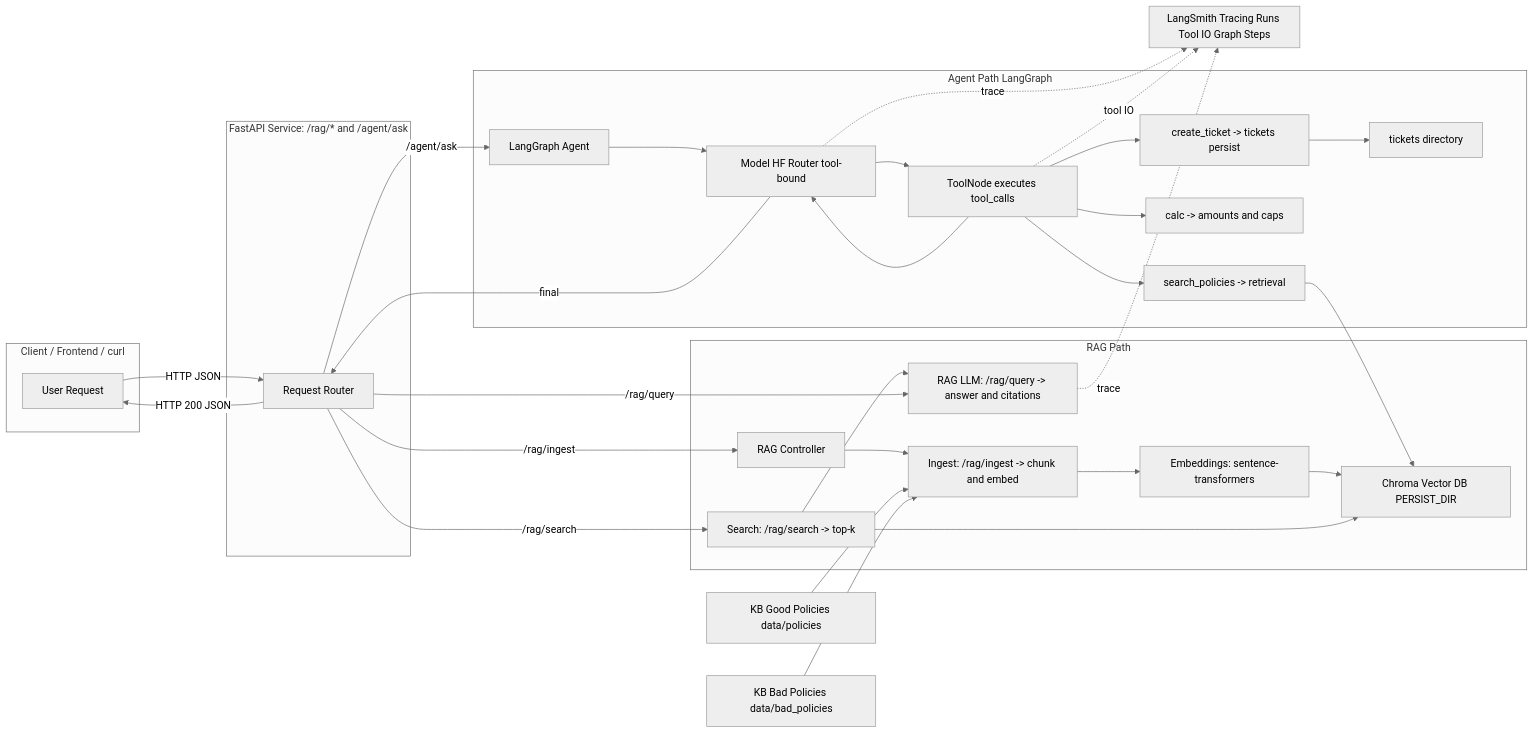
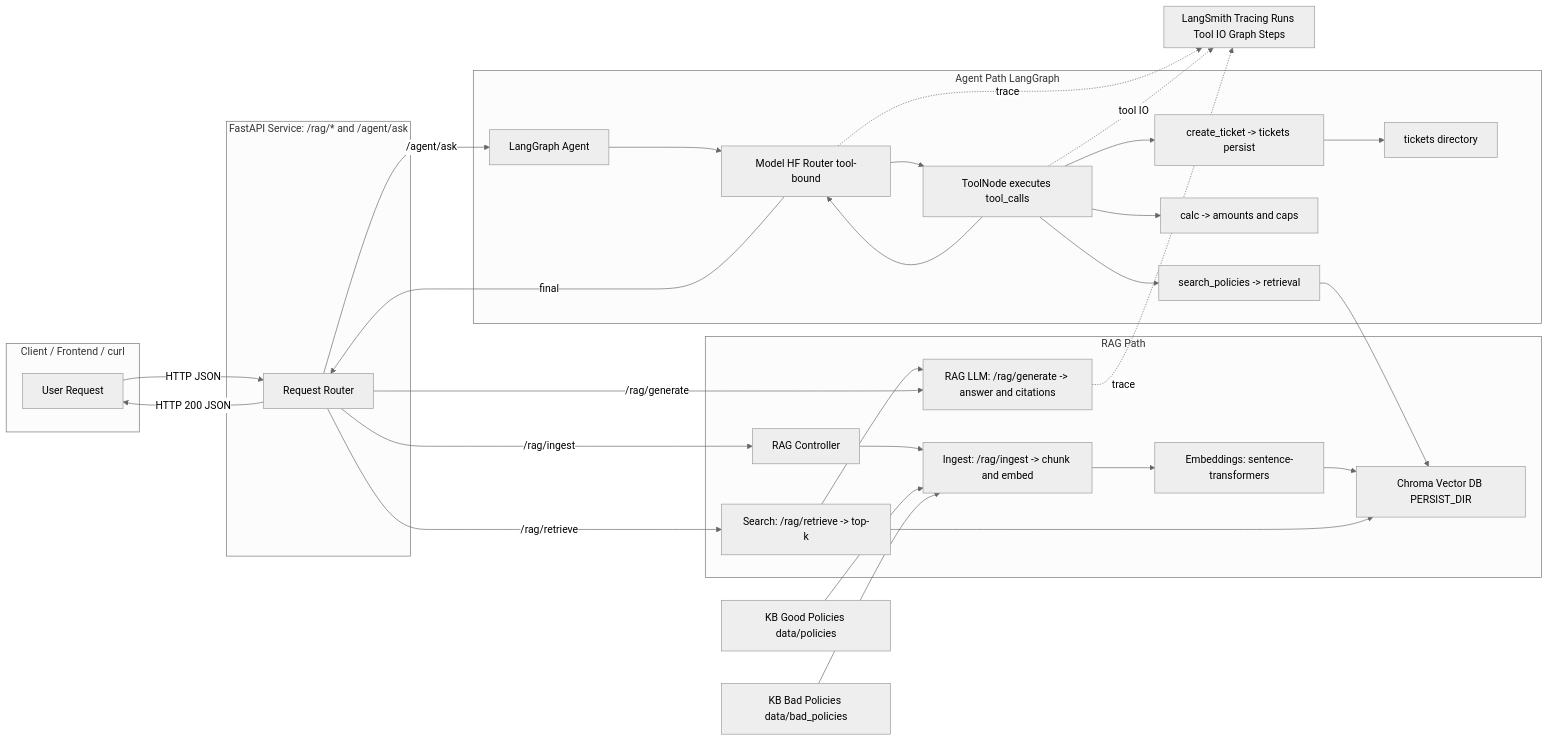
The diagram in Workshops/AI/04-Agents-and-RAG/README.md (kiratech/labs), drawn with Mermaid (neutral theme) before and after one commit. The commit also changed other lines of this file and 2 other files, not shown here.

````diff
--- a/Workshops/AI/04-Agents-and-RAG/README.md
+++ b/Workshops/AI/04-Agents-and-RAG/README.md
@@ -136,76 +143,76 @@
 ```mermaid
 flowchart LR
   %% High-Level Flow: Client -> FastAPI -> RAG / Agent (LangGraph) -> LangSmith taps
 
   subgraph CLIENT["Client / Frontend / curl"]
     C[User Request]
   end
 
   subgraph API["FastAPI Service: /rag/* and /agent/ask"]
     A[Request Router]
   end
 
   C -->|HTTP JSON| A
 
   %% ---- RAG lane ----
   subgraph RAG["RAG Path"]
     R0[RAG Controller]
     RG1[Ingest: /rag/ingest -> chunk and embed]
     RG2[Embeddings: sentence-transformers]
     RG3[Chroma Vector DB PERSIST_DIR]
-    RS1[Search: /rag/search -> top-k]
-    RQ1[RAG LLM: /rag/query -> answer and citations]
+    RS1[Search: /rag/retrieve -> top-k]
+    RQ1[RAG LLM: /rag/generate -> answer and citations]
   end
 
   A -->|/rag/ingest| R0
   R0 --> RG1 --> RG2 --> RG3
 
-  A -->|/rag/search| RS1
+  A -->|/rag/retrieve| RS1
   RS1 --> RG3
   RS1 --> RQ1
 
-  A -->|/rag/query| RQ1
+  A -->|/rag/generate| RQ1
 
   %% KBs
   K1[KB Good Policies data/policies]
   K2[KB Bad Policies data/bad_policies]
   K1 --> RG1
   K2 --> RG1
 
   %% ---- Agent lane ----
   subgraph AGENT["Agent Path LangGraph"]
     G0[LangGraph Agent]
     G1[Model HF Router tool-bound]
     TN[ToolNode executes tool_calls]
 
     T1[search_policies -> retrieval]
     T2[calc -> amounts and caps]
     T3[create_ticket -> tickets persist]
 
     TICKETS[tickets directory]
   end
 
   A -->|/agent/ask| G0
   G0 --> G1 --> TN
 
   TN --> T1
   T1 --> RG3
 
   TN --> T2
 
   TN --> T3
   T3 --> TICKETS
 
   TN --> G1
   G1 -->|final| A
 
   %% ---- LangSmith taps ----
   subgraph OBS["LangSmith Tracing Runs Tool IO Graph Steps"]
   end
 
   RQ1 -.->|trace| OBS
   G1  -.->|trace| OBS
   TN  -.->|tool IO| OBS
 
   A -->|HTTP 200 JSON| C
 ```
````
